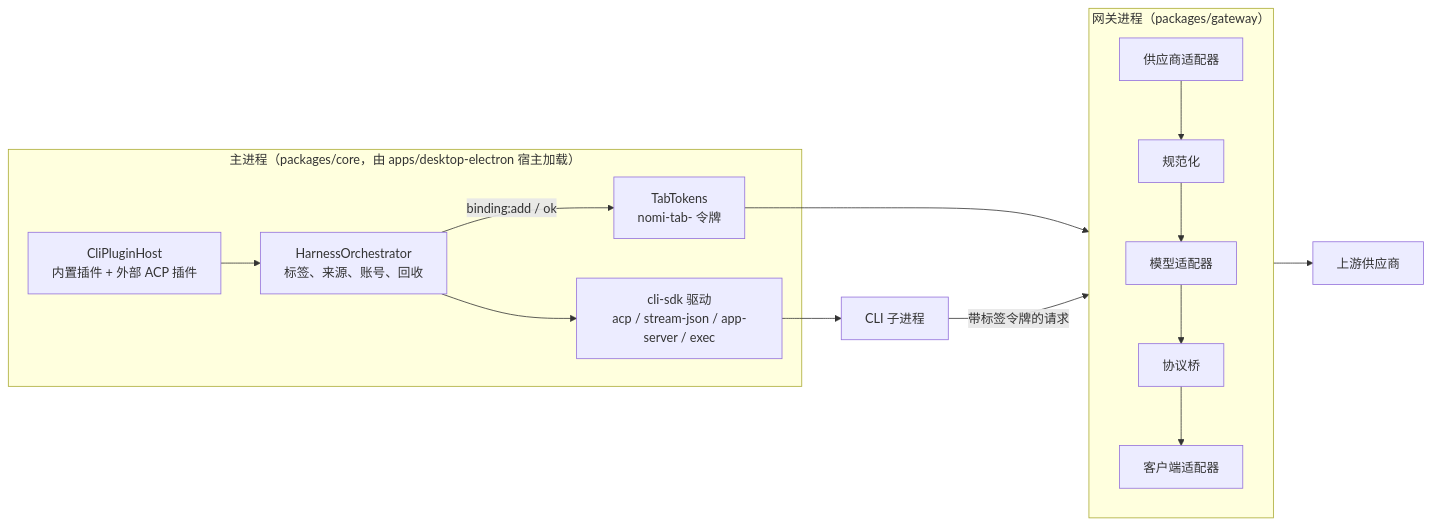
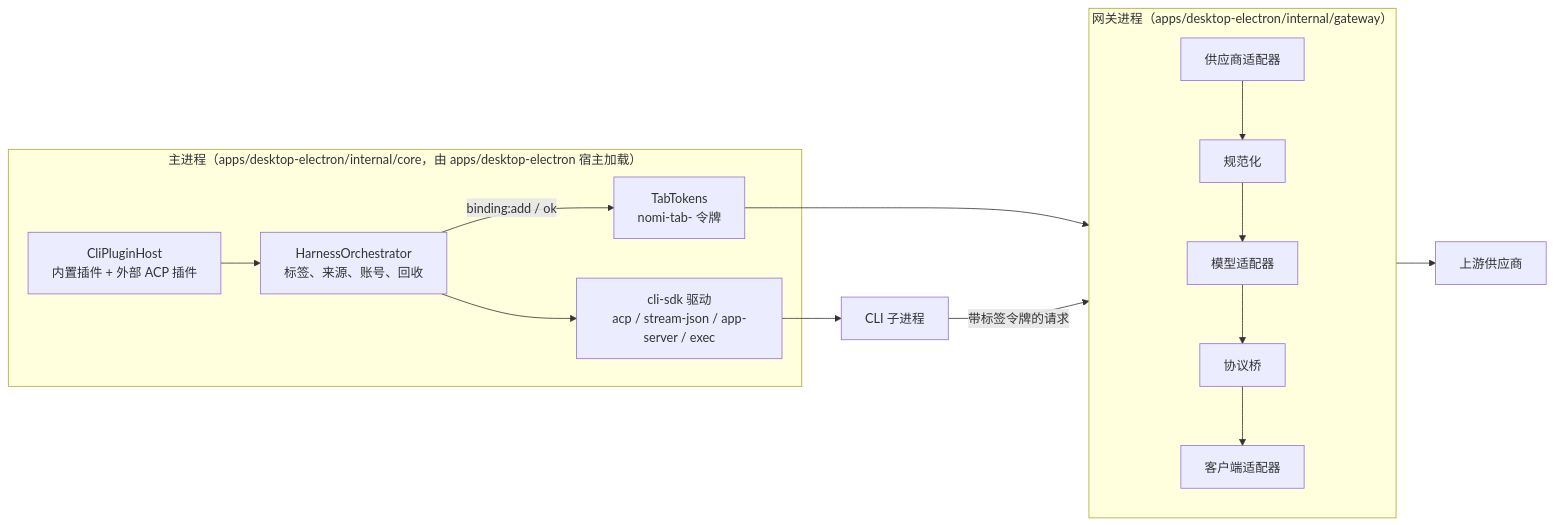
One commit to Cookieboty/nomi-ai changed the diagram in docs/development/architecture.md. Above: the diagram before and after it, drawn with Mermaid. The commit also changed other lines of this file and 1182 other files, not shown here.

First line of the commit message:
refactor: move Node-only kernel packages into apps/desktop-electron/internal

````diff
--- a/docs/development/architecture.md
+++ b/docs/development/architecture.md
@@ -50,18 +50,18 @@
 ```mermaid
 flowchart LR
-  subgraph main["主进程（packages/core，由 apps/desktop-electron 宿主加载）"]
+  subgraph main["主进程（apps/desktop-electron/internal/core，由 apps/desktop-electron 宿主加载）"]
     host["CliPluginHost<br/>内置插件 + 外部 ACP 插件"]
     orch["HarnessOrchestrator<br/>标签、来源、账号、回收"]
     drv["cli-sdk 驱动<br/>acp / stream-json / app-server / exec"]
     tokens["TabTokens<br/>nomi-tab- 令牌"]
   end
   cli["CLI 子进程"]
-  subgraph gw["网关进程（packages/gateway）"]
+  subgraph gw["网关进程（apps/desktop-electron/internal/gateway）"]
     pa["供应商适配器"] --> canon["规范化"] --> ma["模型适配器"] --> bridge["协议桥"] --> ca["客户端适配器"]
   end
   up["上游供应商"]
   host --> orch --> drv --> cli
   orch -- "binding:add / ok" --> tokens --> gw
   cli -- "带标签令牌的请求" --> gw
   gw --> up
 ```
````
